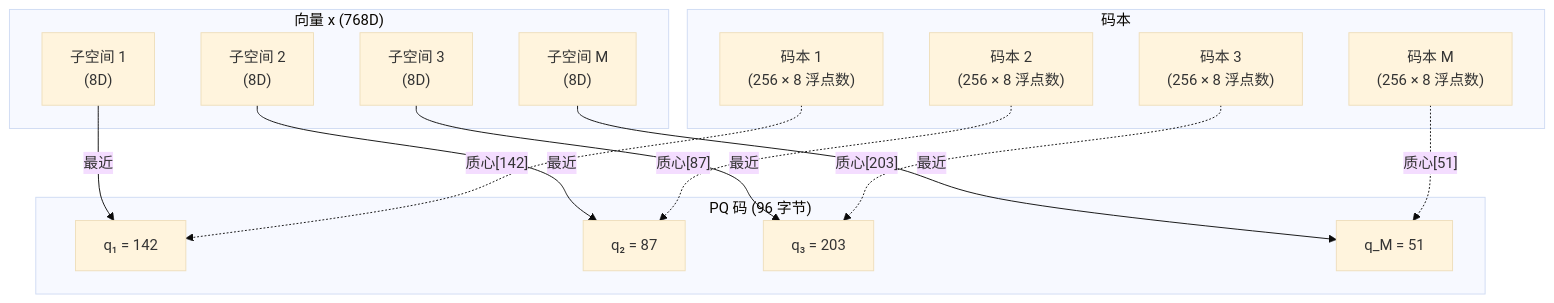
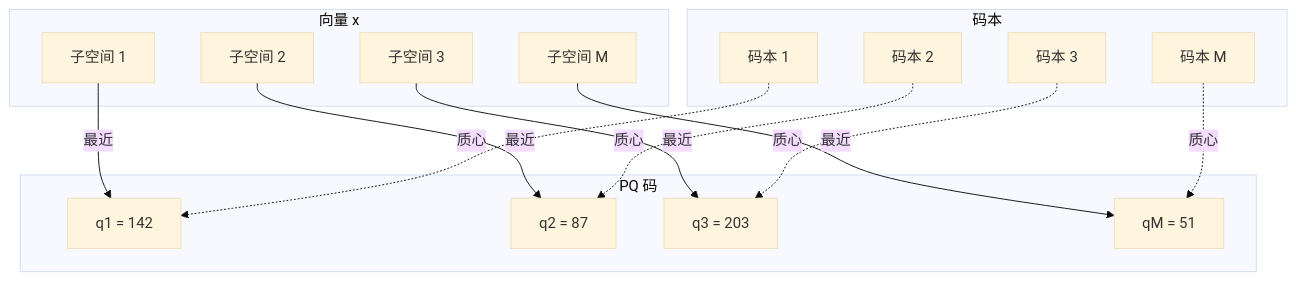
The first of 2 diagrams in docs/zh/algorithms/product-quantization.md (nexepic/zyx), drawn with Mermaid (base theme) before and after one commit. The commit also changed other lines of this file and 21 other files, not shown here.

First line of the commit message:
fix: resolve Mermaid diagram display issues in VitePress

````diff
--- a/docs/zh/algorithms/product-quantization.md
+++ b/docs/zh/algorithms/product-quantization.md
@@ -164,33 +164,33 @@
 ```mermaid
 graph TB
     subgraph "码本"
-        C1["码本 1<br/>(256 × 8 浮点数)"]
-        C2["码本 2<br/>(256 × 8 浮点数)"]
-        C3["码本 3<br/>(256 × 8 浮点数)"]
-        C4["码本 M<br/>(256 × 8 浮点数)"]
+        C1["码本 1"]
+        C2["码本 2"]
+        C3["码本 3"]
+        C4["码本 M"]
     end
 
-    subgraph "向量 x (768D)"
-        V1["子空间 1<br/>(8D)"]
-        V2["子空间 2<br/>(8D)"]
-        V3["子空间 3<br/>(8D)"]
-        V4["子空间 M<br/>(8D)"]
+    subgraph "向量 x"
+        V1["子空间 1"]
+        V2["子空间 2"]
+        V3["子空间 3"]
+        V4["子空间 M"]
     end
 
-    subgraph "PQ 码 (96 字节)"
-        P1["q₁ = 142"]
-        P2["q₂ = 87"]
-        P3["q₃ = 203"]
-        P4["q_M = 51"]
+    subgraph "PQ 码"
+        P1["q1 = 142"]
+        P2["q2 = 87"]
+        P3["q3 = 203"]
+        P4["qM = 51"]
     end
 
     V1 -->|"最近"| P1
     V2 -->|"最近"| P2
     V3 -->|"最近"| P3
     V4 -->|"最近"| P4
 
-    C1 -.->|"质心[142]"| P1
-    C2 -.->|"质心[87]"| P2
-    C3 -.->|"质心[203]"| P3
-    C4 -.->|"质心[51]"| P4
+    C1 -.->|"质心"| P1
+    C2 -.->|"质心"| P2
+    C3 -.->|"质心"| P3
+    C4 -.->|"质心"| P4
 ```
````
